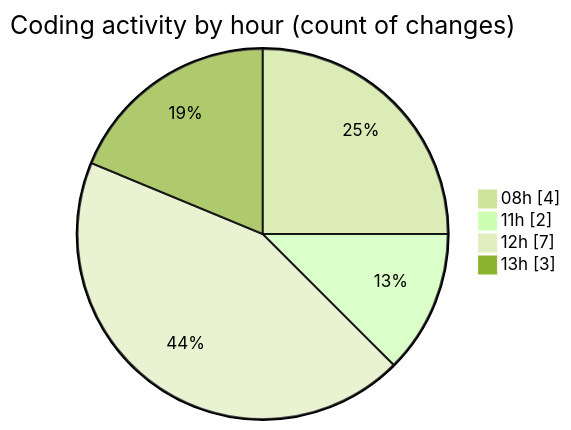
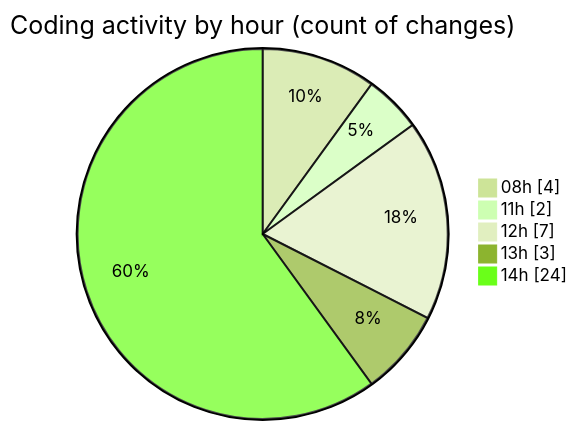
The second of 2 diagrams in 2026-03-03/cilreports__workspace_/README.md (ricardozamudiocil/code-tracking), drawn with Mermaid (forest theme) before and after one commit. The commit also changed other lines of this file and 1 other file, not shown here.

````diff
--- a/2026-03-03/cilreports__workspace_/README.md
+++ b/2026-03-03/cilreports__workspace_/README.md
@@ -36,8 +38,9 @@
 ```mermaid
 pie showData
 title Coding activity by hour (count of changes)
 "08h" : 4
 "11h" : 2
 "12h" : 7
 "13h" : 3
+"14h" : 24
 ```
````
